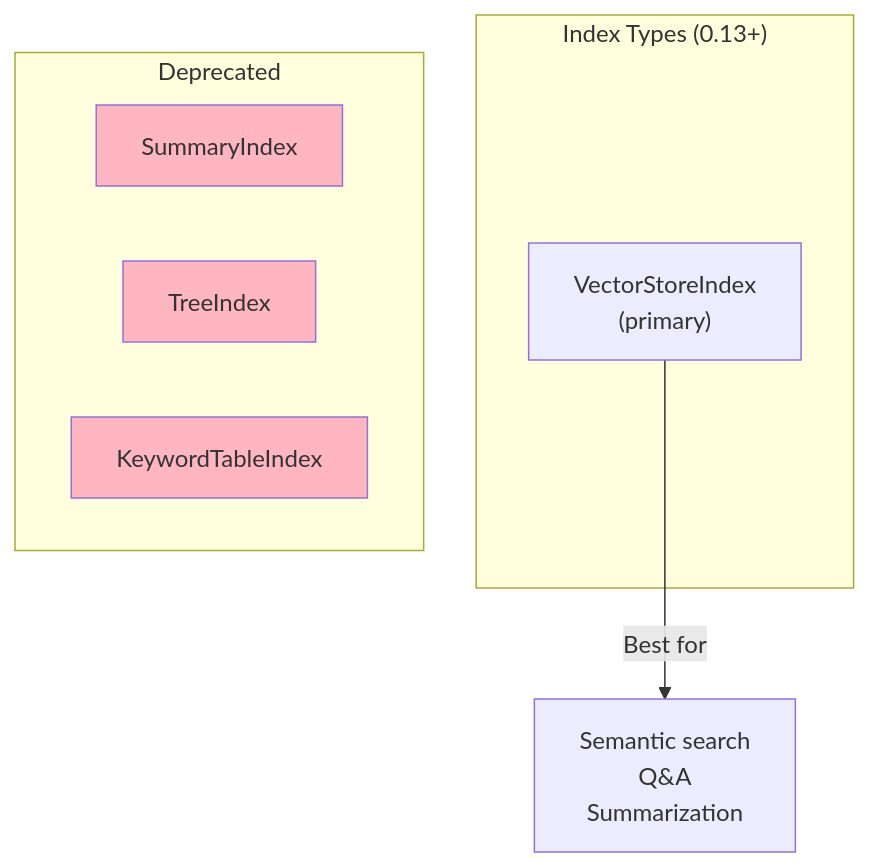
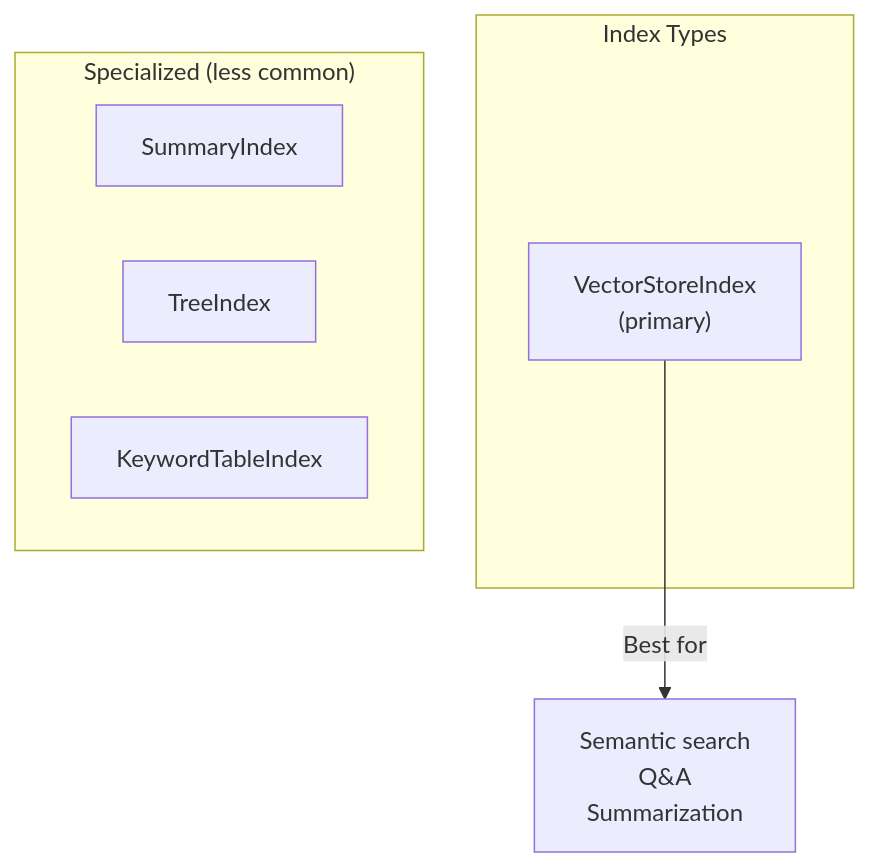
Before and after one commit to akshkr/akashnotes: the third of 8 diagrams in Phase_3_Single_Agent/Day_039_llamaindex_and_framework_comparison/llamaindex_and_framework_comparison.md, drawn with Mermaid. The commit also changed other lines of this file and 95 other files, not shown here.

````diff
--- a/Phase_3_Single_Agent/Day_039_llamaindex_and_framework_comparison/llamaindex_and_framework_comparison.md
+++ b/Phase_3_Single_Agent/Day_039_llamaindex_and_framework_comparison/llamaindex_and_framework_comparison.md
@@ -153,18 +153,14 @@
 ```mermaid
 flowchart TB
-    subgraph "Index Types (0.13+)"
+    subgraph "Index Types"
         A["VectorStoreIndex\n(primary)"]
     end
 
     A -->|"Best for"| A1["Semantic search\nQ&A\nSummarization"]
 
-    subgraph "Deprecated"
+    subgraph "Specialized (less common)"
         B["SummaryIndex"]
         C["TreeIndex"]
         D["KeywordTableIndex"]
     end
-
-    style B fill:#FFB6C1
-    style C fill:#FFB6C1
-    style D fill:#FFB6C1
 ```
````
